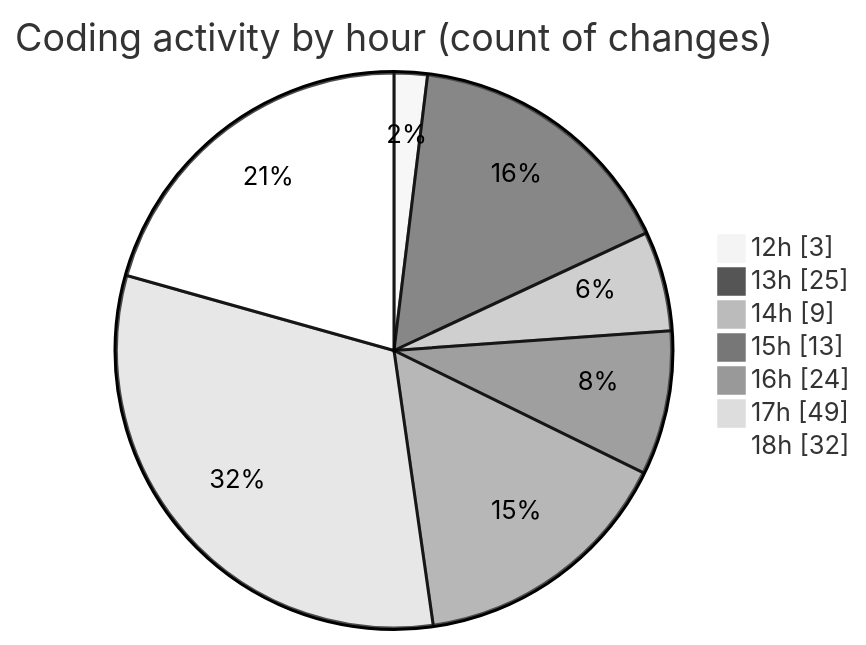
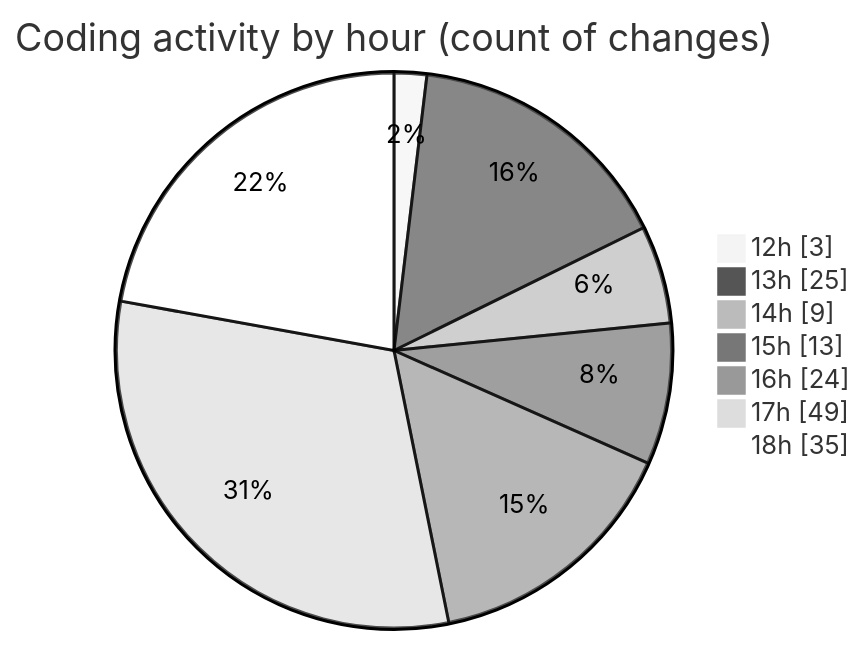
The second of 2 diagrams in 2025-09-26/nxtqube_webapp/README.md (nxtqubesakshisongat/code-tracking), drawn with Mermaid (neutral theme) before and after one commit. The commit also changed other lines of this file and 1 other file, not shown here.

````diff
--- a/2025-09-26/nxtqube_webapp/README.md
+++ b/2025-09-26/nxtqube_webapp/README.md
@@ -36,11 +36,11 @@
 ```mermaid
 pie showData
 title Coding activity by hour (count of changes)
 "12h" : 3
 "13h" : 25
 "14h" : 9
 "15h" : 13
 "16h" : 24
 "17h" : 49
-"18h" : 32
+"18h" : 35
 ```
````
